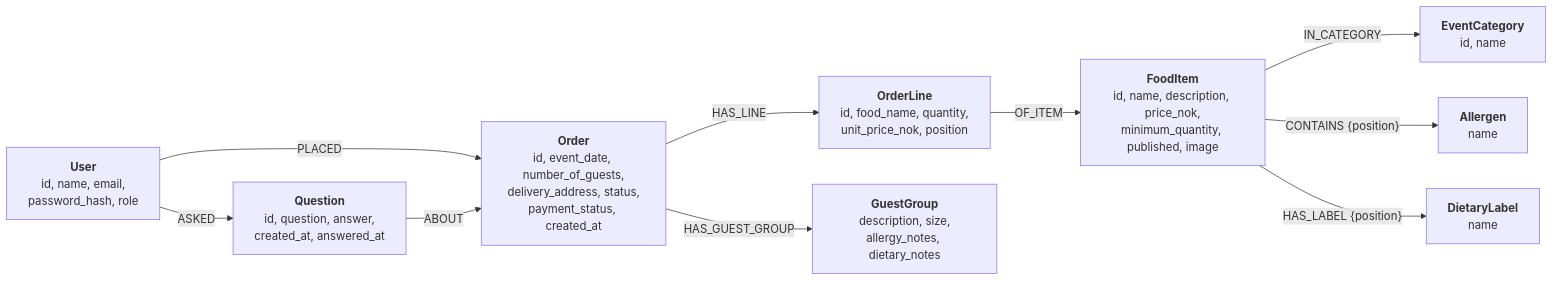
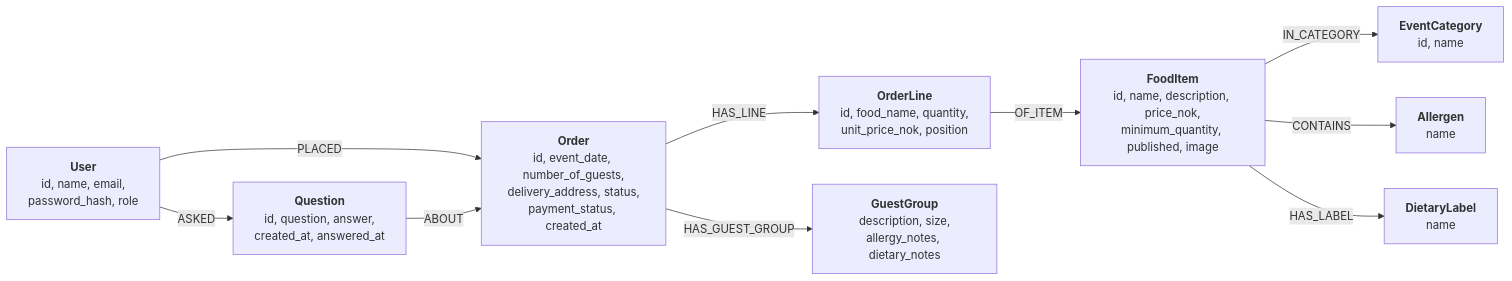
One commit to HeineML/Ekte-Mat-Assignment-4 changed the diagram in docs/report-oblig5.md. Above: the diagram before and after it, drawn with Mermaid. The commit also changed other lines of this file, not shown here.

````diff
--- a/docs/report-oblig5.md
+++ b/docs/report-oblig5.md
@@ -47,22 +17,22 @@
 ```mermaid
 flowchart LR
     User["<b>User</b><br/>id, name, email,<br/>password_hash, role"]
     Order["<b>Order</b><br/>id, event_date, number_of_guests,<br/>delivery_address, status,<br/>payment_status, created_at"]
     OrderLine["<b>OrderLine</b><br/>id, food_name, quantity,<br/>unit_price_nok, position"]
     GuestGroup["<b>GuestGroup</b><br/>description, size,<br/>allergy_notes, dietary_notes"]
     Question["<b>Question</b><br/>id, question, answer,<br/>created_at, answered_at"]
     FoodItem["<b>FoodItem</b><br/>id, name, description, price_nok,<br/>minimum_quantity, published, image"]
     EventCategory["<b>EventCategory</b><br/>id, name"]
     Allergen["<b>Allergen</b><br/>name"]
     DietaryLabel["<b>DietaryLabel</b><br/>name"]
 
     User -- PLACED --> Order
     Order -- HAS_LINE --> OrderLine
     OrderLine -- OF_ITEM --> FoodItem
     Order -- HAS_GUEST_GROUP --> GuestGroup
     User -- ASKED --> Question
     Question -- ABOUT --> Order
     FoodItem -- IN_CATEGORY --> EventCategory
-    FoodItem -- "CONTAINS {position}" --> Allergen
-    FoodItem -- "HAS_LABEL {position}" --> DietaryLabel
+    FoodItem -- CONTAINS --> Allergen
+    FoodItem -- HAS_LABEL --> DietaryLabel
 ```
````
